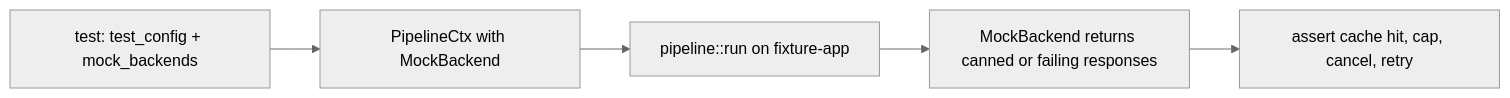
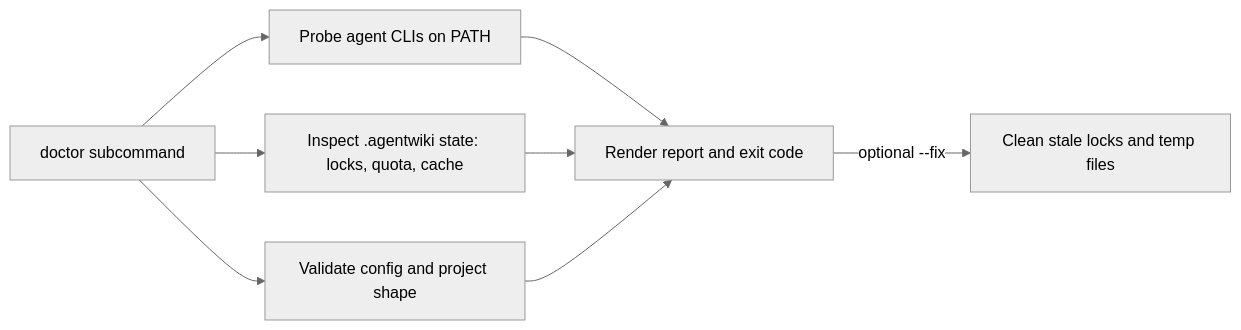
One commit to tidusvn05/agentwiki changed the seventh of 8 diagrams in docs/en/2.Architecture.md. Above: the diagram before and after it, drawn with Mermaid (neutral theme). The commit also changed other lines of this file and 49 other files, not shown here.

````diff
--- a/docs/en/2.Architecture.md
+++ b/docs/en/2.Architecture.md
@@ -314,7 +322,10 @@
 ```mermaid
 flowchart LR
-    T[test: test_config + mock_backends] --> X[PipelineCtx with MockBackend]
-    X --> R[pipeline::run on fixture-app]
-    R --> M[MockBackend returns canned or failing responses]
-    M --> A[assert cache hit, cap, cancel, retry]
+    A[doctor subcommand] --> B[Probe agent CLIs on PATH]
+    A --> C[Inspect .agentwiki state: locks, quota, cache]
+    A --> D[Validate config and project shape]
+    B --> E[Render report and exit code]
+    C --> E
+    D --> E
+    E -->|optional --fix| F[Clean stale locks and temp files]
 ```
````
